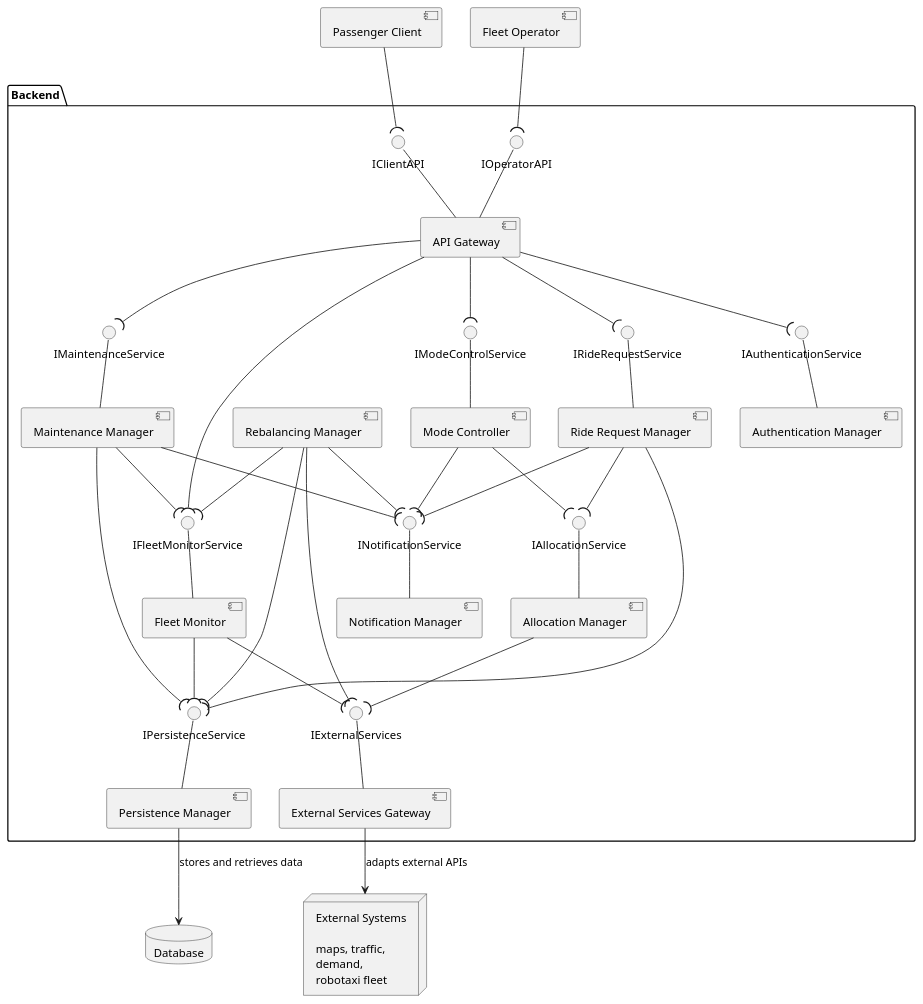
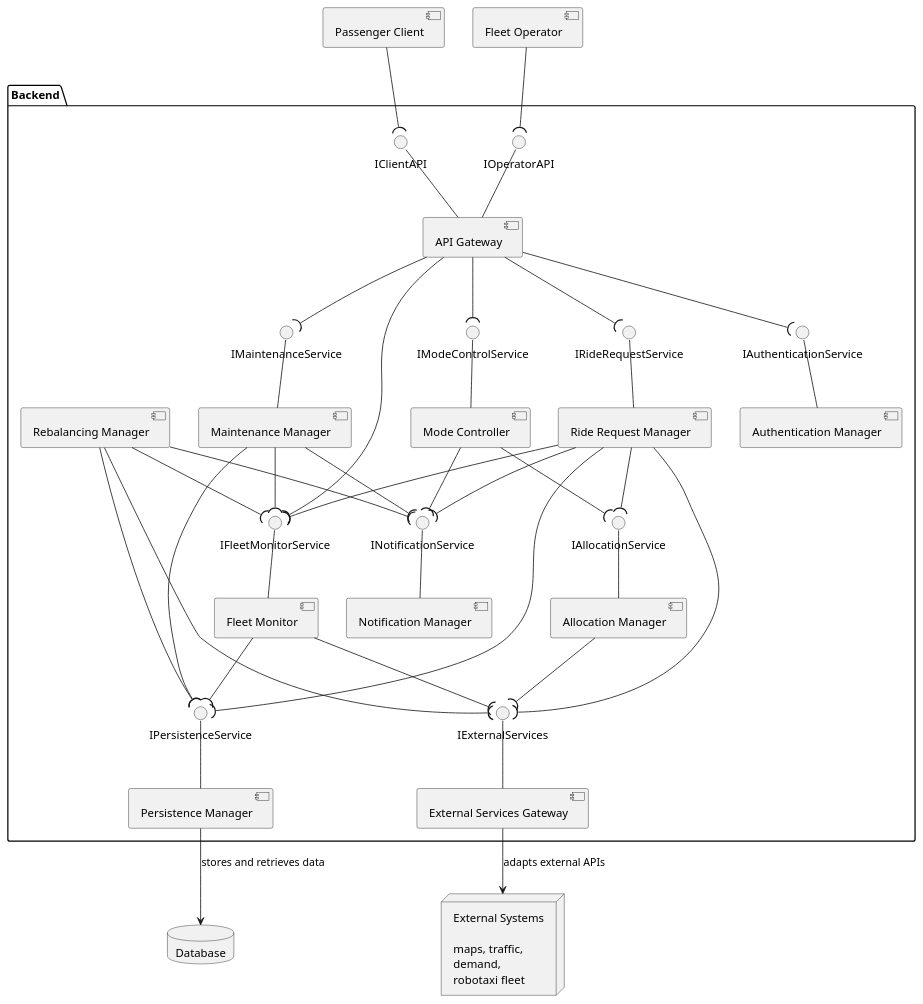
Before and after one commit to meggie-0/SE4A_ROAd_MargheritaBertipaglia_DavidCazzaniga_PasqualeIgnarra_Project: the first of 10 diagrams in Implementation/docs/DD.md, drawn with PlantUML. The commit also changed other lines of this file and 30 other files, not shown here.

First line of the commit message:
M4: add RideRequestManager, advance booking activation and cancellation

```diff
--- a/Implementation/docs/DD.md
+++ b/Implementation/docs/DD.md
@@ -254,6 +254,8 @@
 RideRequestManager --( IPersistenceService
 RideRequestManager --( IAllocationService
 RideRequestManager --( INotificationService
+RideRequestManager --( IFleetMonitorService
+RideRequestManager --( IExternalServices
 
 AllocationManager --( IExternalServices
 
```
